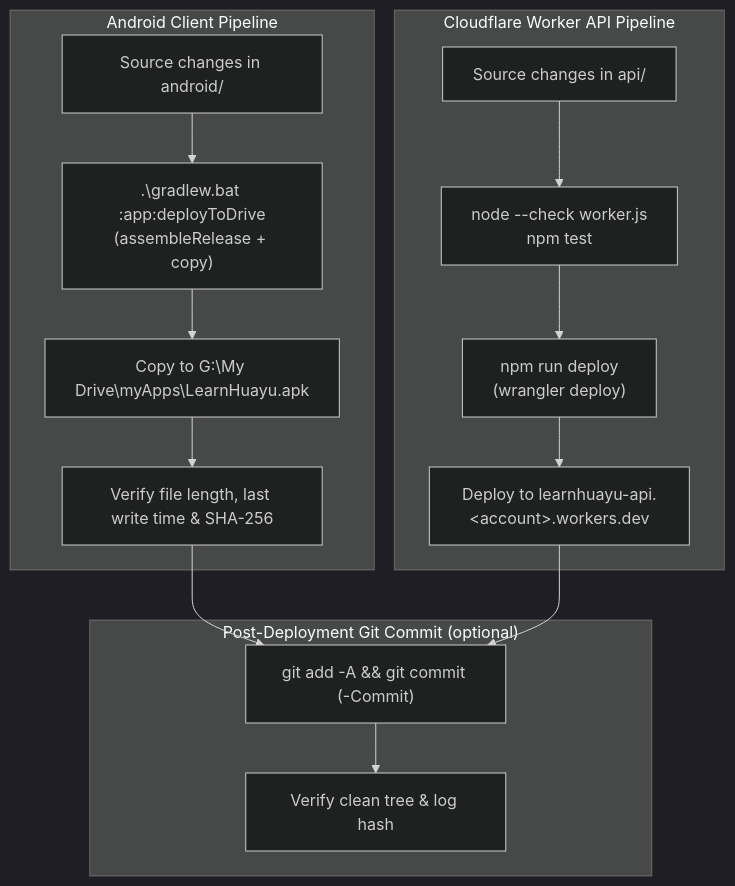
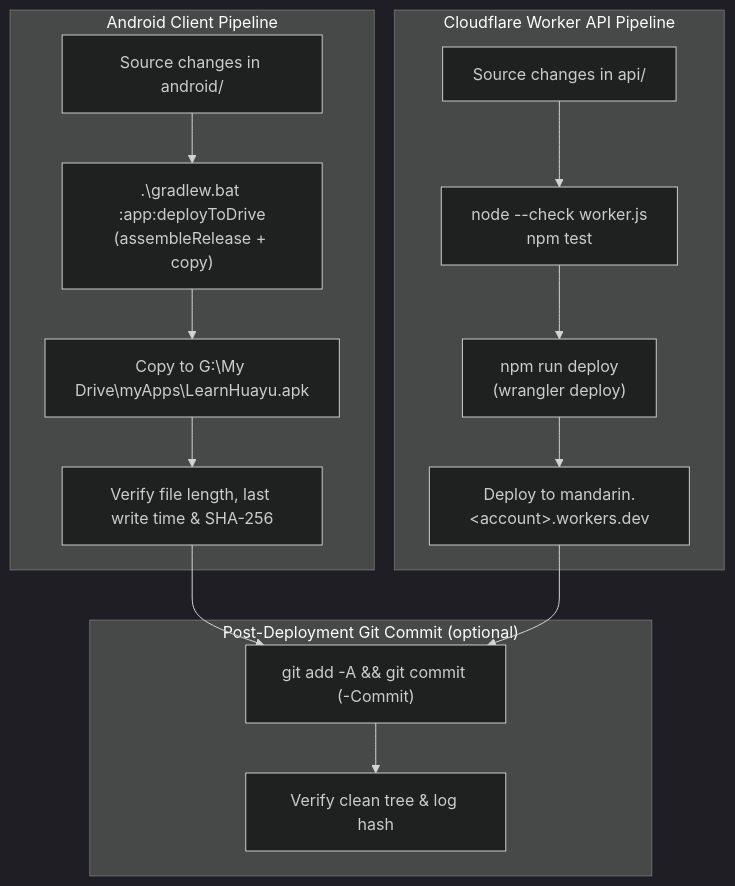
One commit to iamenianc/Mandarin changed the diagram in docs/06-pipeline.md. Above: the diagram before and after it, drawn with Mermaid (dark theme). The commit also changed other lines of this file, not shown here.

````diff
--- a/docs/06-pipeline.md
+++ b/docs/06-pipeline.md
@@ -24,28 +24,28 @@
 ```mermaid
 flowchart TD
 
     subgraph A["Android Client Pipeline"]
         A1["Source changes in android/"]
         A2[".\gradlew.bat :app:deployToDrive<br/>(assembleRelease + copy)"]
         A3["Copy to G:\My Drive\myApps\LearnHuayu.apk"]
         A4["Verify file length, last write time & SHA-256"]
         A1 --> A2 --> A3 --> A4
     end
 
     subgraph B["Cloudflare Worker API Pipeline"]
         B1["Source changes in api/"]
         B2["node --check worker.js<br/>npm test"]
         B3["npm run deploy<br/>(wrangler deploy)"]
-        B4["Deploy to learnhuayu-api.&lt;account&gt;.workers.dev"]
+        B4["Deploy to mandarin.&lt;account&gt;.workers.dev"]
         B1 --> B2 --> B3 --> B4
     end
 
     subgraph C["Post-Deployment Git Commit (optional)"]
         C1["git add -A &amp;&amp; git commit (-Commit)"]
         C2["Verify clean tree &amp; log hash"]
         C1 --> C2
     end
 
     A4 --> C1
     B4 --> C1
 ```
````
